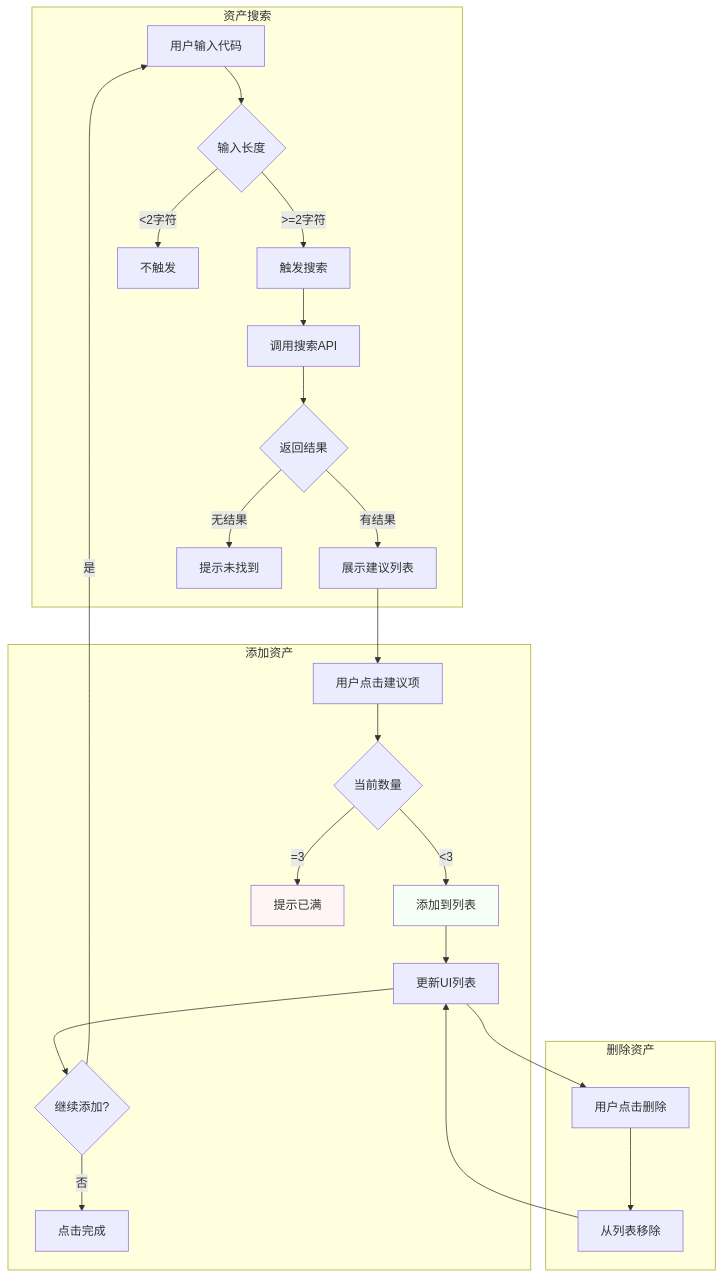
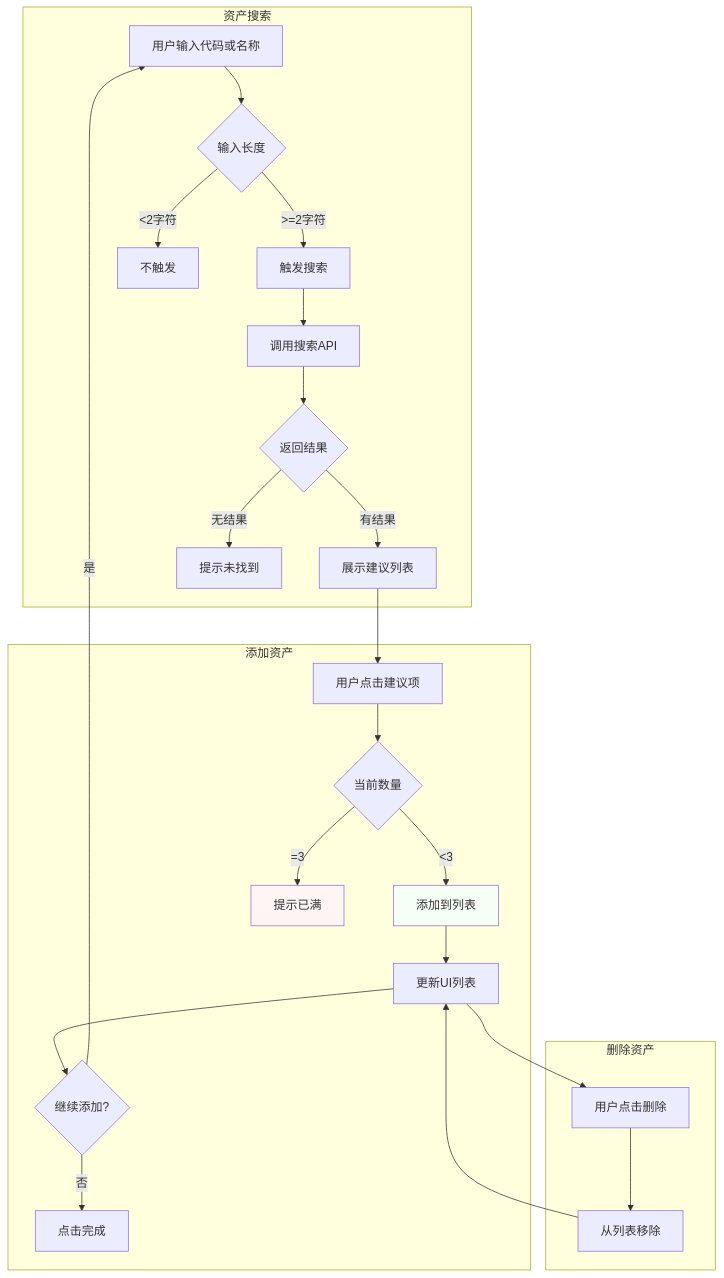
The sixth of 19 diagrams in docs/PRD/伴投-用户流程详解(260119新增)-V1.0.md (jiya1996/Budvest), drawn with Mermaid before and after one commit.

Commit message:
Update user input description in flowchart

````diff
--- a/docs/PRD/伴投-用户流程详解(260119新增)-V1.0.md
+++ b/docs/PRD/伴投-用户流程详解(260119新增)-V1.0.md
@@ -203,32 +203,32 @@
 ```mermaid
 flowchart TD
     subgraph 资产搜索
-        A[用户输入代码] --> B{输入长度}
+        A[用户输入代码或名称] --> B{输入长度}
         B -->|>=2字符| C[触发搜索]
         B -->|<2字符| D[不触发]
         C --> E[调用搜索API]
         E --> F{返回结果}
         F -->|有结果| G[展示建议列表]
         F -->|无结果| H[提示未找到]
     end
 
     subgraph 添加资产
         G --> I[用户点击建议项]
         I --> J{当前数量}
         J -->|<3| K[添加到列表]
         J -->|=3| L[提示已满]
         K --> M[更新UI列表]
         M --> N{继续添加?}
         N -->|是| A
         N -->|否| O[点击完成]
     end
 
     subgraph 删除资产
         M --> P[用户点击删除]
         P --> Q[从列表移除]
         Q --> M
     end
 
     style K fill:#f5fff5
     style L fill:#fff5f5
 ```
````
